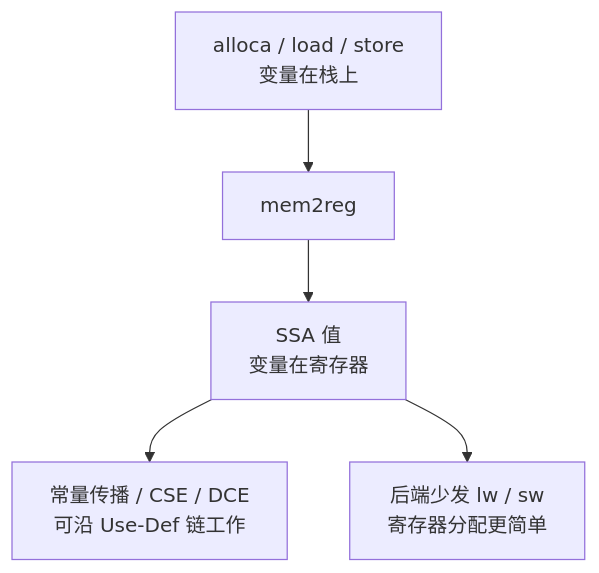
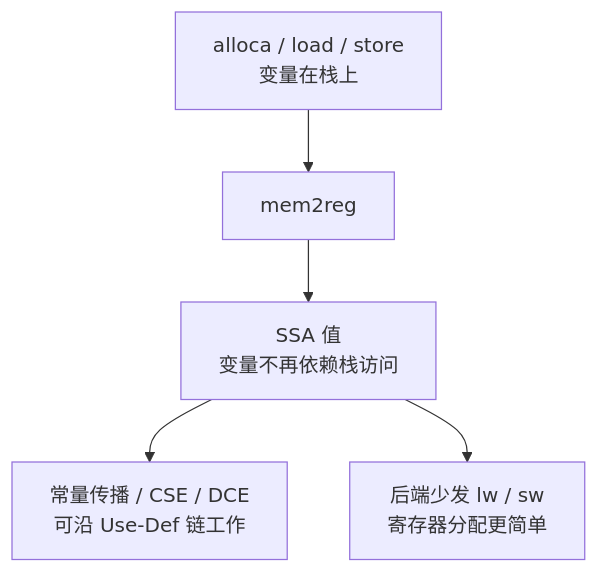
One commit to lightsmilew/compiler-principles changed the first of 4 diagrams in docs/optim/ir-mem2reg.md. Above: the diagram before and after it, drawn with Mermaid. The commit also changed other lines of this file and 32 other files, not shown here.

Commit message:
docs: unify assessment flow and submission guidance

````diff
--- a/docs/optim/ir-mem2reg.md
+++ b/docs/optim/ir-mem2reg.md
@@ -12,7 +12,7 @@
 ```mermaid
 flowchart TB
   A["alloca / load / store<br/>变量在栈上"] --> B["mem2reg"]
-  B --> C["SSA 值<br/>变量在寄存器"]
+  B --> C["SSA 值<br/>变量不再依赖栈访问"]
   C --> D["常量传播 / CSE / DCE<br/>可沿 Use-Def 链工作"]
   C --> E["后端少发 lw / sw<br/>寄存器分配更简单"]
 ```
````
